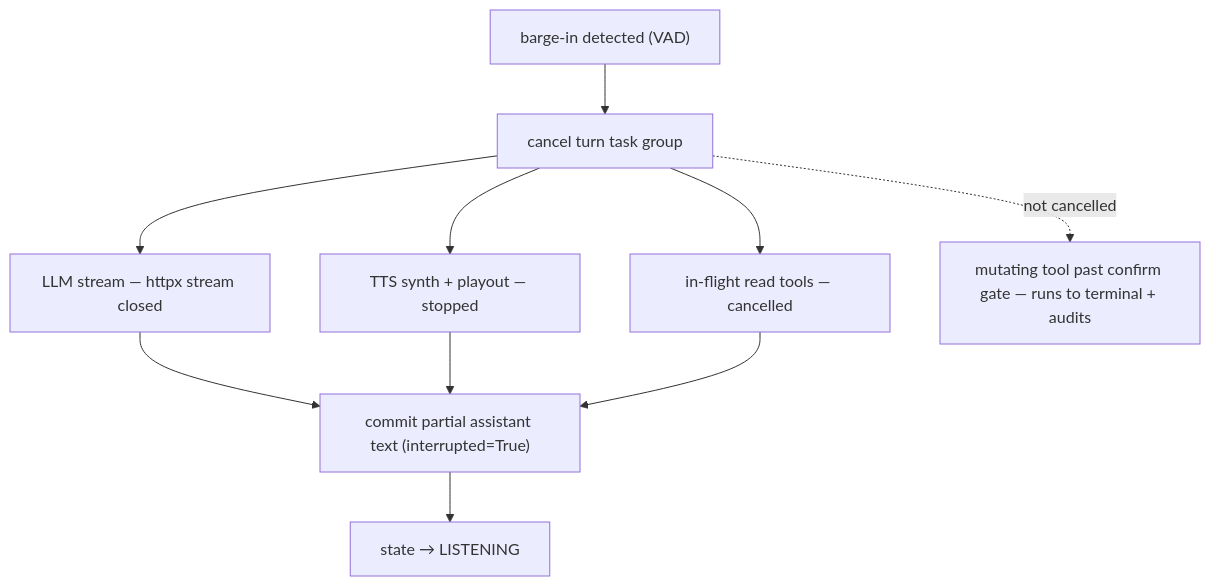
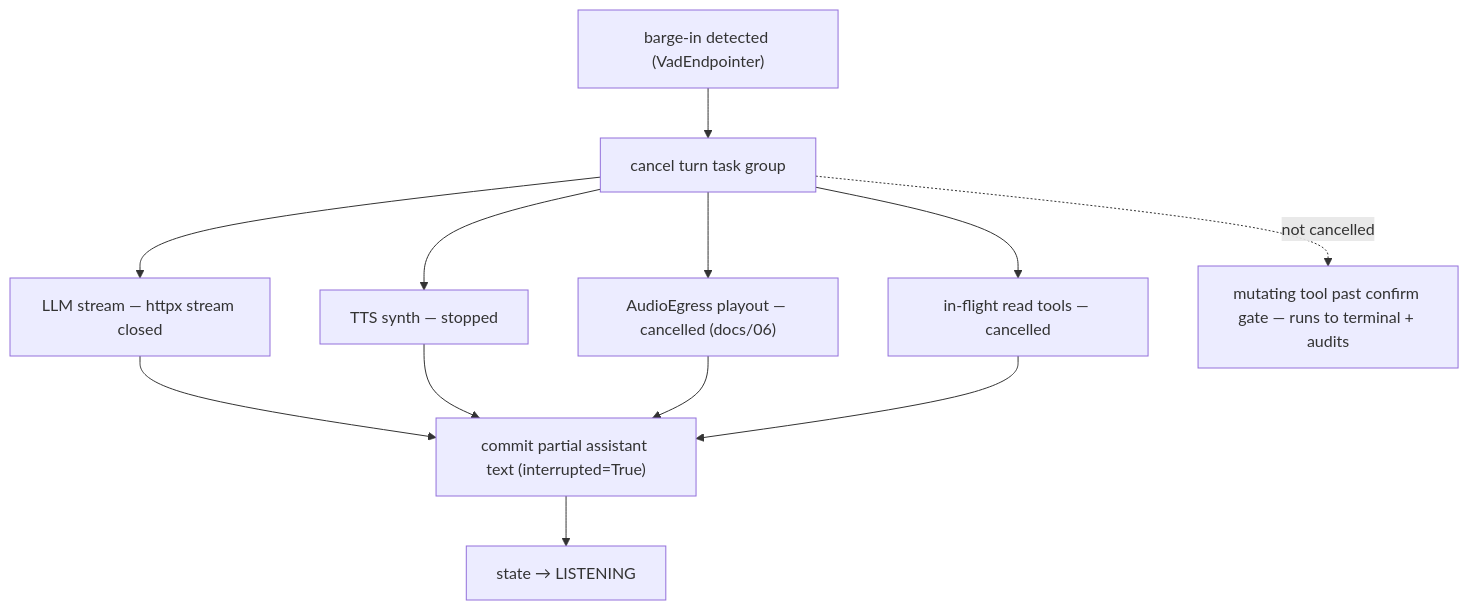
The fourth of 4 diagrams in docs/05-agent-architecture.md (bibekanandan892/vyaparpay-voice-agent), drawn with Mermaid before and after one commit. The commit also changed other lines of this file and 22 other files, not shown here.

````diff
--- a/docs/05-agent-architecture.md
+++ b/docs/05-agent-architecture.md
@@ -386,12 +389,14 @@
 ```mermaid
 flowchart TB
-    BI["barge-in detected (VAD)"] --> CANCEL["cancel turn task group"]
+    BI["barge-in detected (VadEndpointer)"] --> CANCEL["cancel turn task group"]
     CANCEL --> LLM["LLM stream — httpx stream closed"]
-    CANCEL --> TTS["TTS synth + playout — stopped"]
+    CANCEL --> TTS["TTS synth — stopped"]
+    CANCEL --> EG["AudioEgress playout — cancelled (docs/06)"]
     CANCEL --> RD["in-flight read tools — cancelled"]
     CANCEL -. not cancelled .-> MUT["mutating tool past confirm gate — runs to terminal + audits"]
     LLM --> COMMIT["commit partial assistant text (interrupted=True)"]
     TTS --> COMMIT
+    EG --> COMMIT
     RD --> COMMIT
     COMMIT --> LISTEN["state → LISTENING"]
 ```
````
